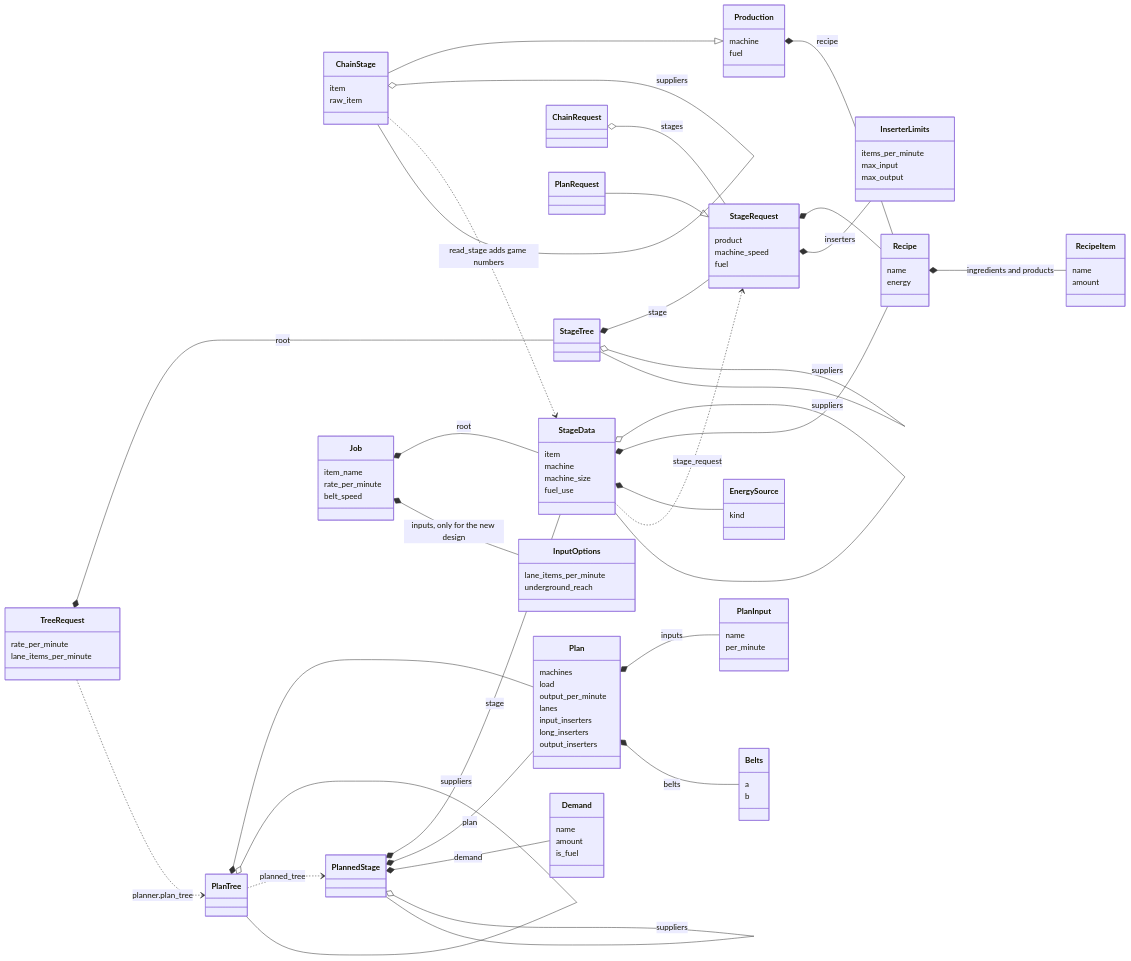
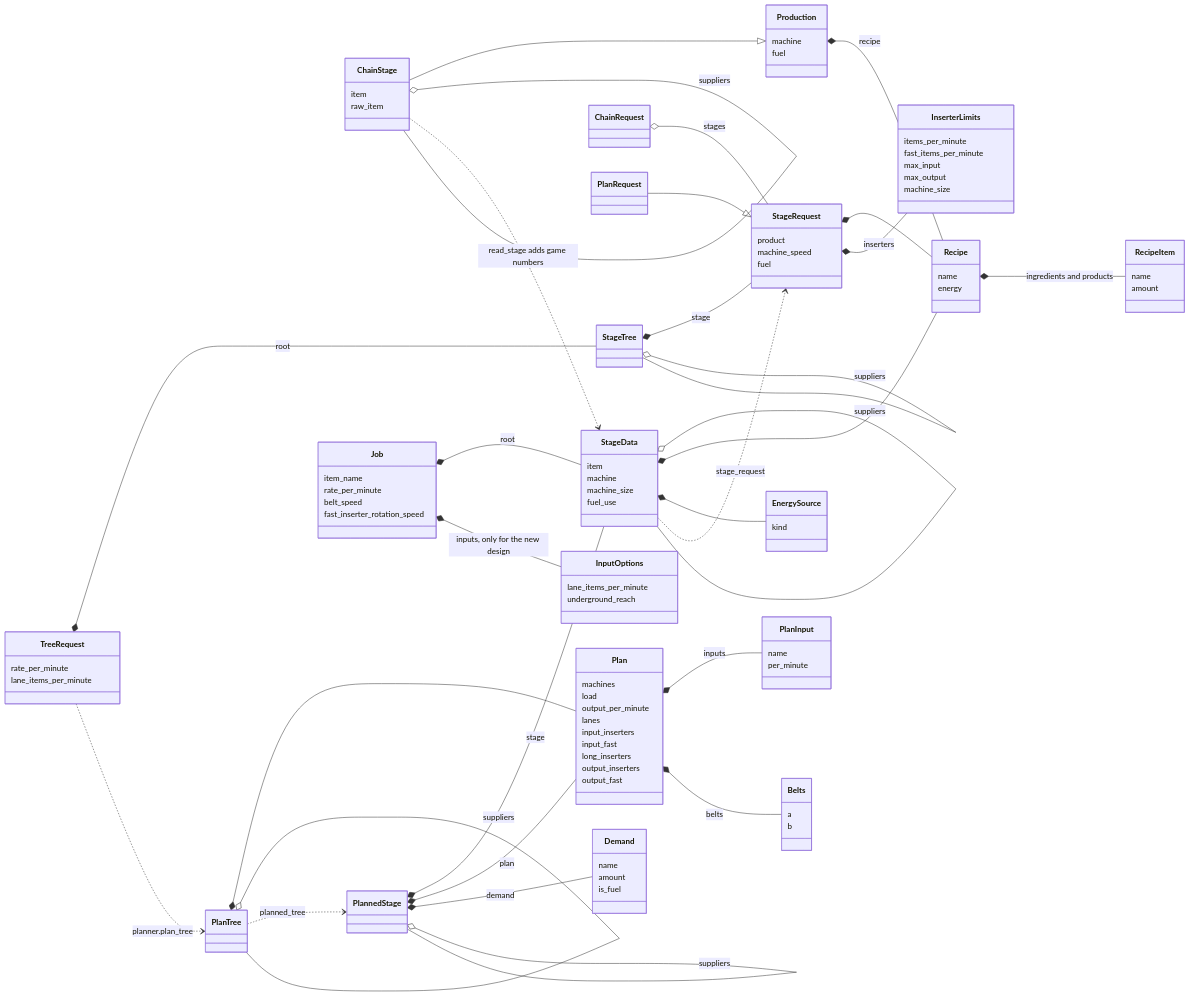
One commit to RibbonedAce/factorio-blueprint-generation changed the third of 5 diagrams in TYPES.md. Above: the diagram before and after it, drawn with Mermaid. The commit also changed other lines of this file and 15 other files, not shown here.

```diff
--- a/TYPES.md
+++ b/TYPES.md
@@ -123,8 +123,10 @@
   }
   class InserterLimits {
     items_per_minute
+    fast_items_per_minute
     max_input
     max_output
+    machine_size
   }
   class StageTree
   class TreeRequest {
@@ -149,8 +151,10 @@
     output_per_minute
     lanes
     input_inserters
+    input_fast
     long_inserters
     output_inserters
+    output_fast
   }
   class PlanInput {
     name
@@ -171,6 +175,7 @@
     item_name
     rate_per_minute
     belt_speed
+    fast_inserter_rotation_speed
   }
   class InputOptions {
     lane_items_per_minute
```
